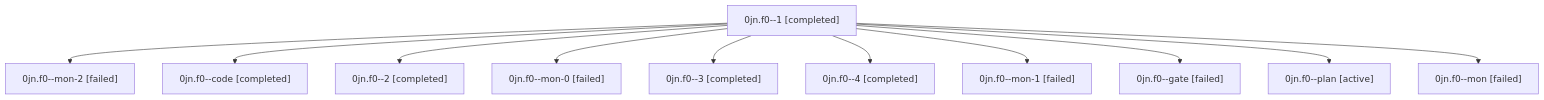
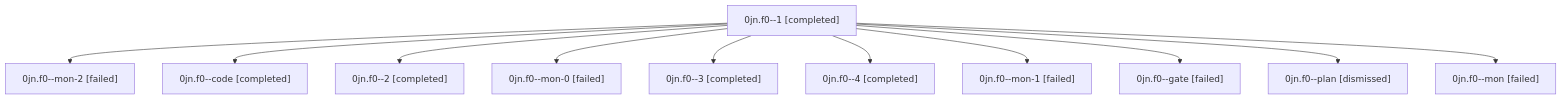
The diagram in sessions/bbugyi200.athena.0jn.f0.md (sase-org/sase--agents), drawn with Mermaid before and after one commit. The commit also changed other lines of this file and 44 other files, not shown here.

````diff
--- a/sessions/bbugyi200.athena.0jn.f0.md
+++ b/sessions/bbugyi200.athena.0jn.f0.md
@@ -9,24 +9,24 @@
 ```mermaid
 flowchart TD
   n0["0jn.f0--1 [completed]"]
   n1["0jn.f0--mon-2 [failed]"]
   n0 --> n1
   n2["0jn.f0--code [completed]"]
   n0 --> n2
   n3["0jn.f0--2 [completed]"]
   n0 --> n3
   n4["0jn.f0--mon-0 [failed]"]
   n0 --> n4
   n5["0jn.f0--3 [completed]"]
   n0 --> n5
   n6["0jn.f0--4 [completed]"]
   n0 --> n6
   n7["0jn.f0--mon-1 [failed]"]
   n0 --> n7
   n8["0jn.f0--gate [failed]"]
   n0 --> n8
-  n9["0jn.f0--plan [active]"]
+  n9["0jn.f0--plan [dismissed]"]
   n0 --> n9
   n10["0jn.f0--mon [failed]"]
   n0 --> n10
 ```
````
